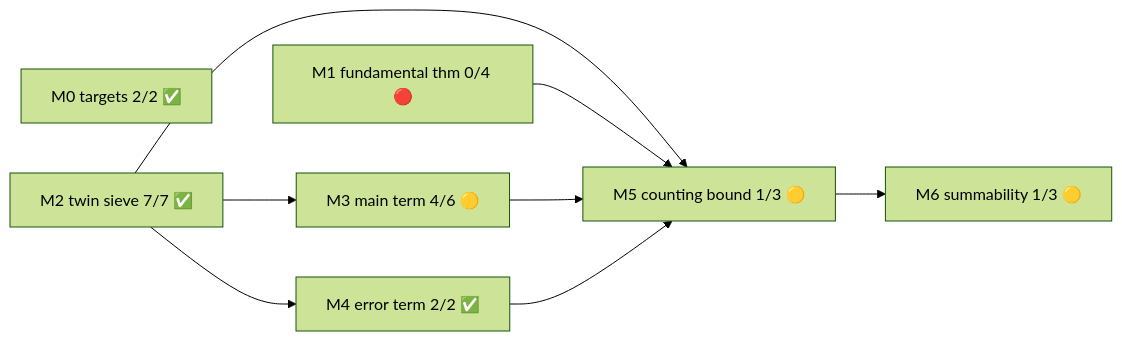
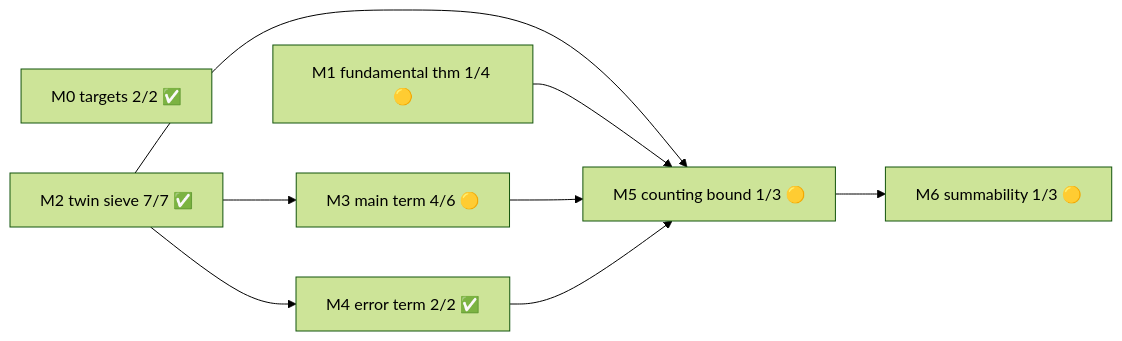
Before and after one commit to jyh/salt: the first of 2 diagrams in docs/blueprints/brun-guide.md, drawn with Mermaid (forest theme). The commit also changed other lines of this file and 3 other files, not shown here.

````diff
--- a/docs/blueprints/brun-guide.md
+++ b/docs/blueprints/brun-guide.md
@@ -218,17 +219,17 @@
 ```mermaid
 flowchart LR
   M0["M0 targets 2/2 ✅"]
-  M1["M1 fundamental thm 0/4 🔴"]
+  M1["M1 fundamental thm 1/4 🟡"]
   M2["M2 twin sieve 7/7 ✅"]
   M3["M3 main term 4/6 🟡"]
   M4["M4 error term 2/2 ✅"]
   M5["M5 counting bound 1/3 🟡"]
   M6["M6 summability 1/3 🟡"]
   M2 --> M3
   M2 --> M4
   M2 --> M5
   M1 --> M5
   M3 --> M5
   M4 --> M5
   M5 --> M6
 ```
````
